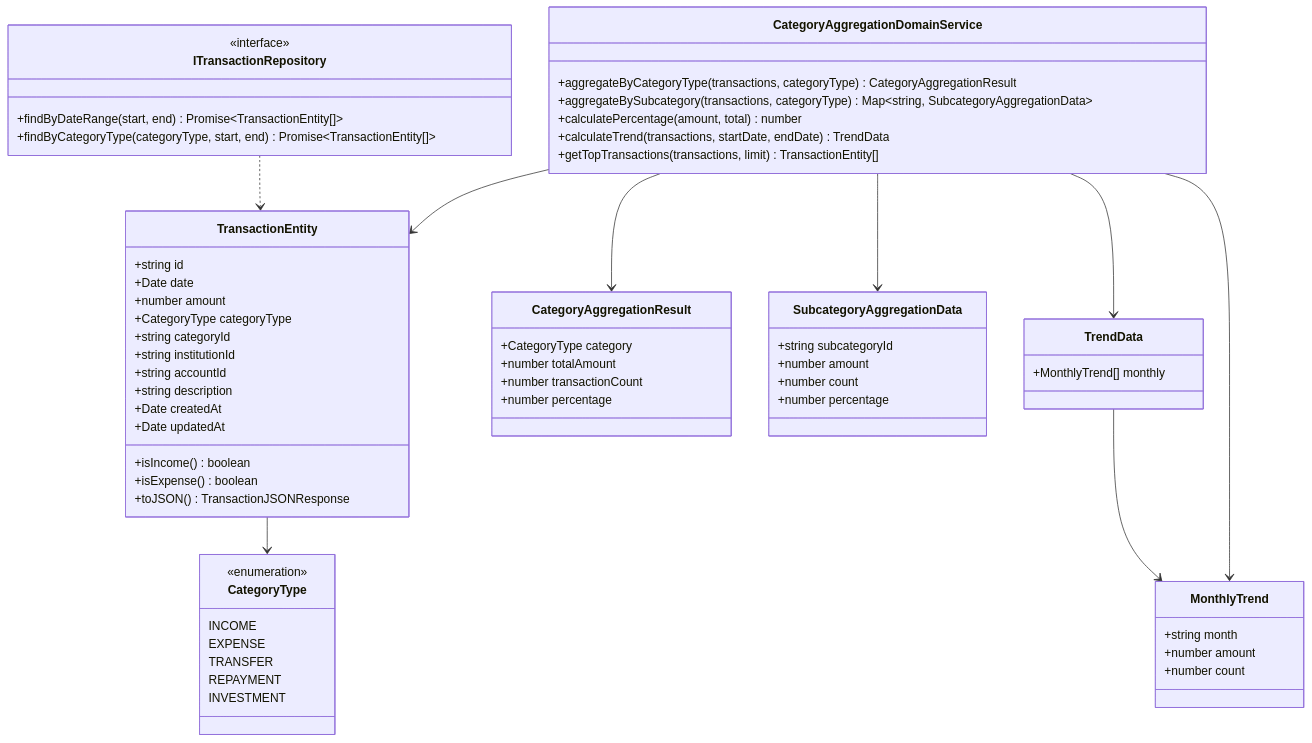
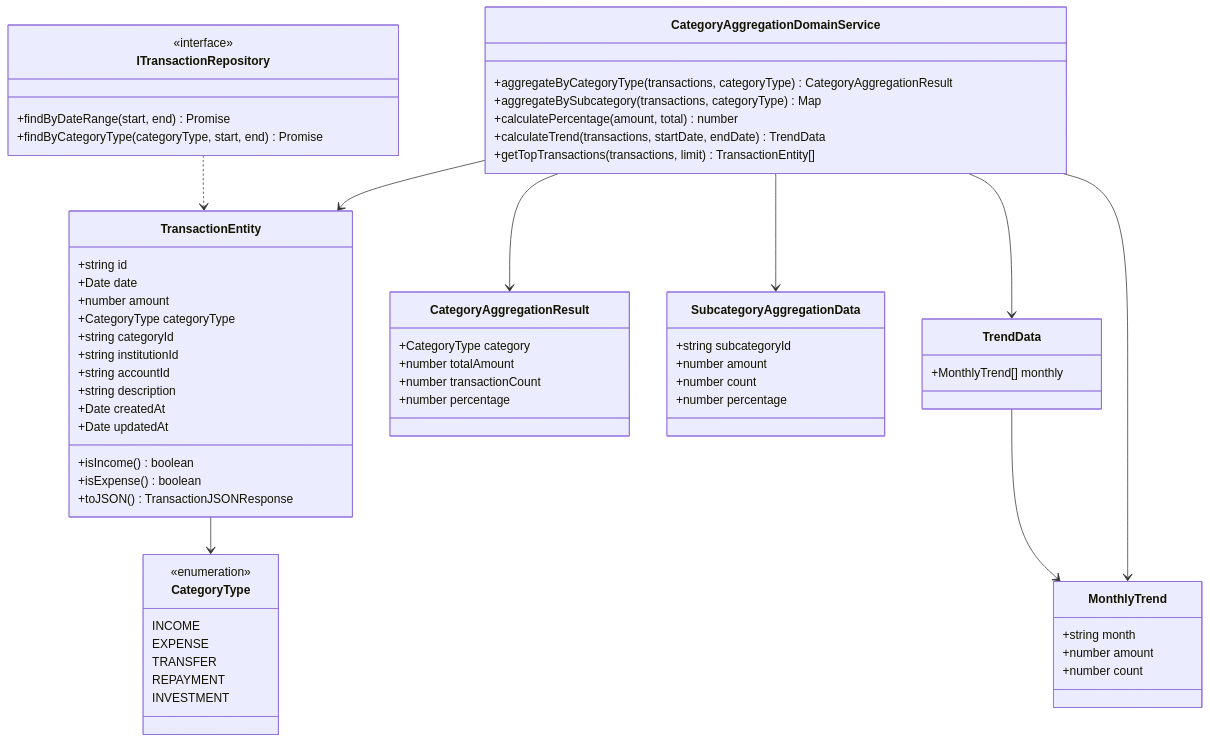
One commit to kencom2400/account-book changed the first of 4 diagrams in docs/detailed-design/FR-018_category-aggregation/class-diagrams.md. Above: the diagram before and after it, drawn with Mermaid. The commit also changed other lines of this file, not shown here.

First line of the commit message:
docs: Gemini指摘対応 - Mermaidクラス図のジェネリクス表記を~から<>に変更

````diff
--- a/docs/detailed-design/FR-018_category-aggregation/class-diagrams.md
+++ b/docs/detailed-design/FR-018_category-aggregation/class-diagrams.md
@@ -18,74 +18,74 @@
 ```mermaid
 classDiagram
     class TransactionEntity {
         +string id
         +Date date
         +number amount
         +CategoryType categoryType
         +string categoryId
         +string institutionId
         +string accountId
         +string description
         +Date createdAt
         +Date updatedAt
         +isIncome() boolean
         +isExpense() boolean
         +toJSON() TransactionJSONResponse
     }
 
     class CategoryType {
         <<enumeration>>
         INCOME
         EXPENSE
         TRANSFER
         REPAYMENT
         INVESTMENT
     }
 
     class CategoryAggregationDomainService {
         +aggregateByCategoryType(transactions, categoryType) CategoryAggregationResult
-        +aggregateBySubcategory(transactions, categoryType) Map~string, SubcategoryAggregationData~
+        +aggregateBySubcategory(transactions, categoryType) Map<string, SubcategoryAggregationData>
         +calculatePercentage(amount, total) number
         +calculateTrend(transactions, startDate, endDate) TrendData
         +getTopTransactions(transactions, limit) TransactionEntity[]
     }
 
     class CategoryAggregationResult {
         +CategoryType category
         +number totalAmount
         +number transactionCount
         +number percentage
     }
 
     class SubcategoryAggregationData {
         +string subcategoryId
         +number amount
         +number count
         +number percentage
     }
 
     class TrendData {
         +MonthlyTrend[] monthly
     }
 
     class MonthlyTrend {
         +string month
         +number amount
         +number count
     }
 
     class ITransactionRepository {
         <<interface>>
-        +findByDateRange(start, end) Promise~TransactionEntity[]~
-        +findByCategoryType(categoryType, start, end) Promise~TransactionEntity[]~
+        +findByDateRange(start, end) Promise<TransactionEntity[]>
+        +findByCategoryType(categoryType, start, end) Promise<TransactionEntity[]>
     }
 
     TransactionEntity --> CategoryType
     CategoryAggregationDomainService --> TransactionEntity
     CategoryAggregationDomainService --> CategoryAggregationResult
     CategoryAggregationDomainService --> SubcategoryAggregationData
     CategoryAggregationDomainService --> TrendData
     CategoryAggregationDomainService --> MonthlyTrend
     TrendData --> MonthlyTrend
     ITransactionRepository ..> TransactionEntity
 ```
````
